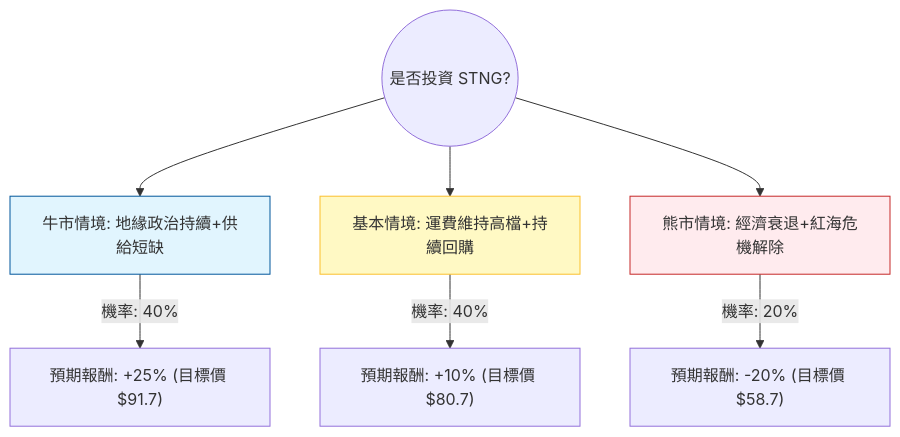
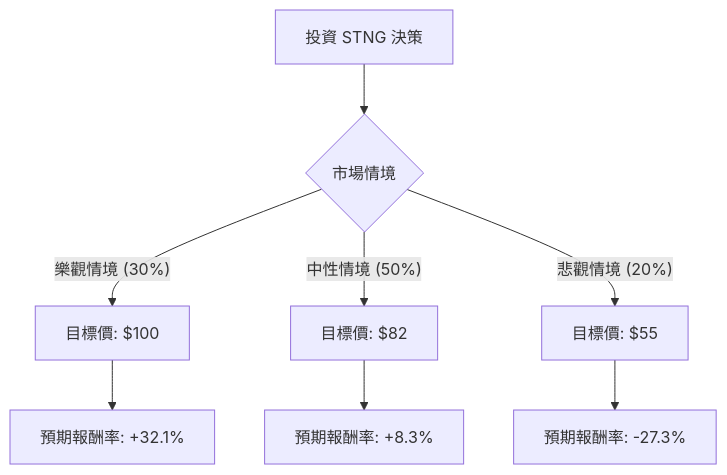
The diagram in plugin-react/ai-analysis/ev-analysis/STNG.md (zmcx16/zmcx16.github.io), drawn with Mermaid before and after one commit. The commit also changed other lines of this file and 70 other files, not shown here.

````diff
--- a/plugin-react/ai-analysis/ev-analysis/STNG.md
+++ b/plugin-react/ai-analysis/ev-analysis/STNG.md
@@ -19,14 +20,12 @@
 ```mermaid
 graph TD
-    Start((是否投資 STNG?)) --> Bull[牛市情境: 地緣政治持續+供給短缺]
-    Start --> Base[基本情境: 運費維持高檔+持續回購]
-    Start --> Bear[熊市情境: 經濟衰退+紅海危機解除]
+    A[投資 STNG 決策] --> B{市場情境}
+    
+    B -- 樂觀情境 (30%) --> C[目標價: $100]
+    B -- 中性情境 (50%) --> D[目標價: $82]
+    B -- 悲觀情境 (20%) --> E[目標價: $55]
 
-    Bull -- "機率: 40%" --> Bull_EV["預期報酬: +25% (目標價 $91.7)"]
-    Base -- "機率: 40%" --> Base_EV["預期報酬: +10% (目標價 $80.7)"]
-    Bear -- "機率: 20%" --> Bear_EV["預期報酬: -20% (目標價 $58.7)"]
-
-    style Bull fill:#e1f5fe,stroke:#01579b
-    style Base fill:#fff9c4,stroke:#fbc02d
-    style Bear fill:#ffebee,stroke:#c62828
+    C --> F[預期報酬率: +32.1%]
+    D --> G[預期報酬率: +8.3%]
+    E --> H[預期報酬率: -27.3%]
 ```
````
